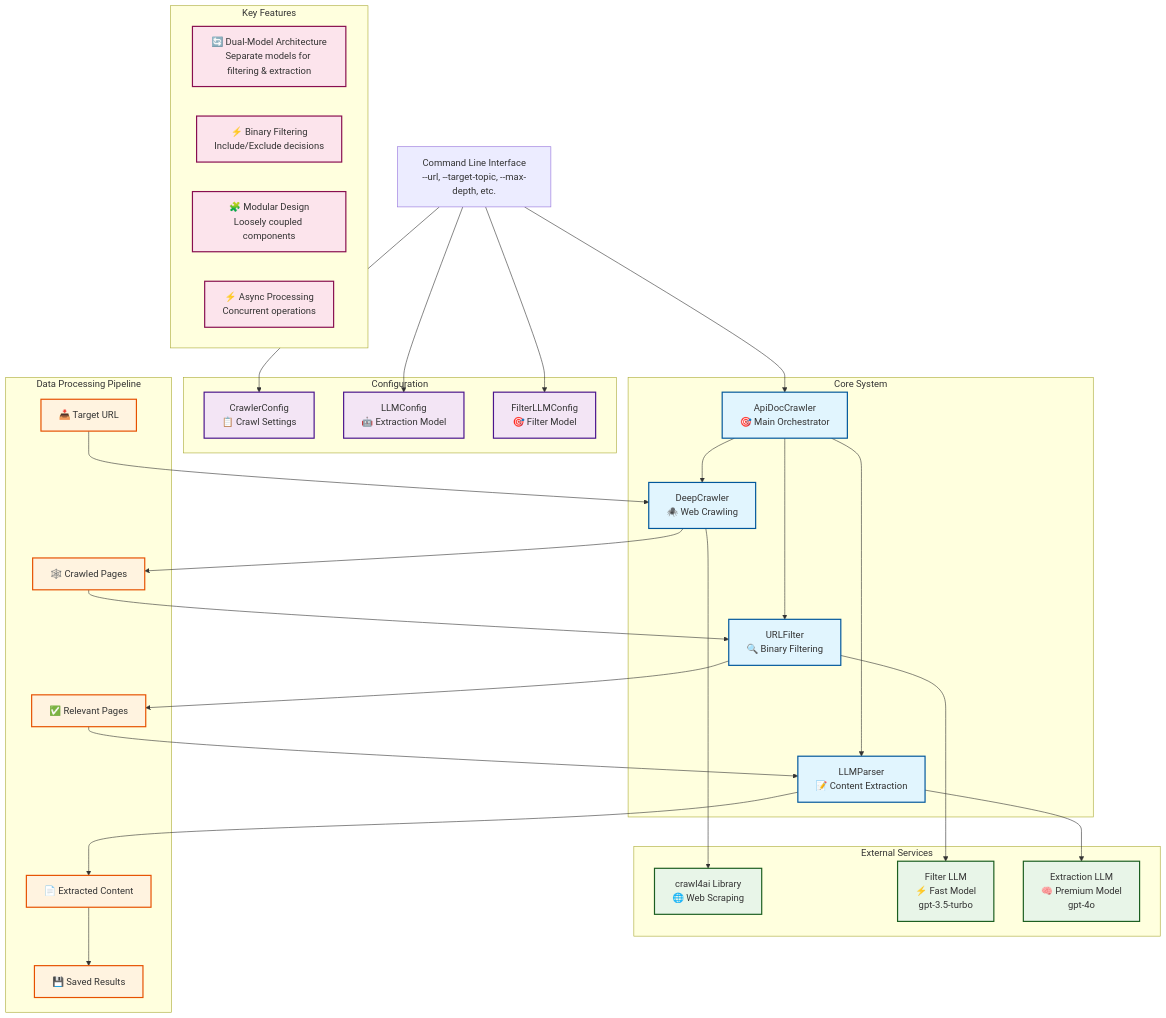
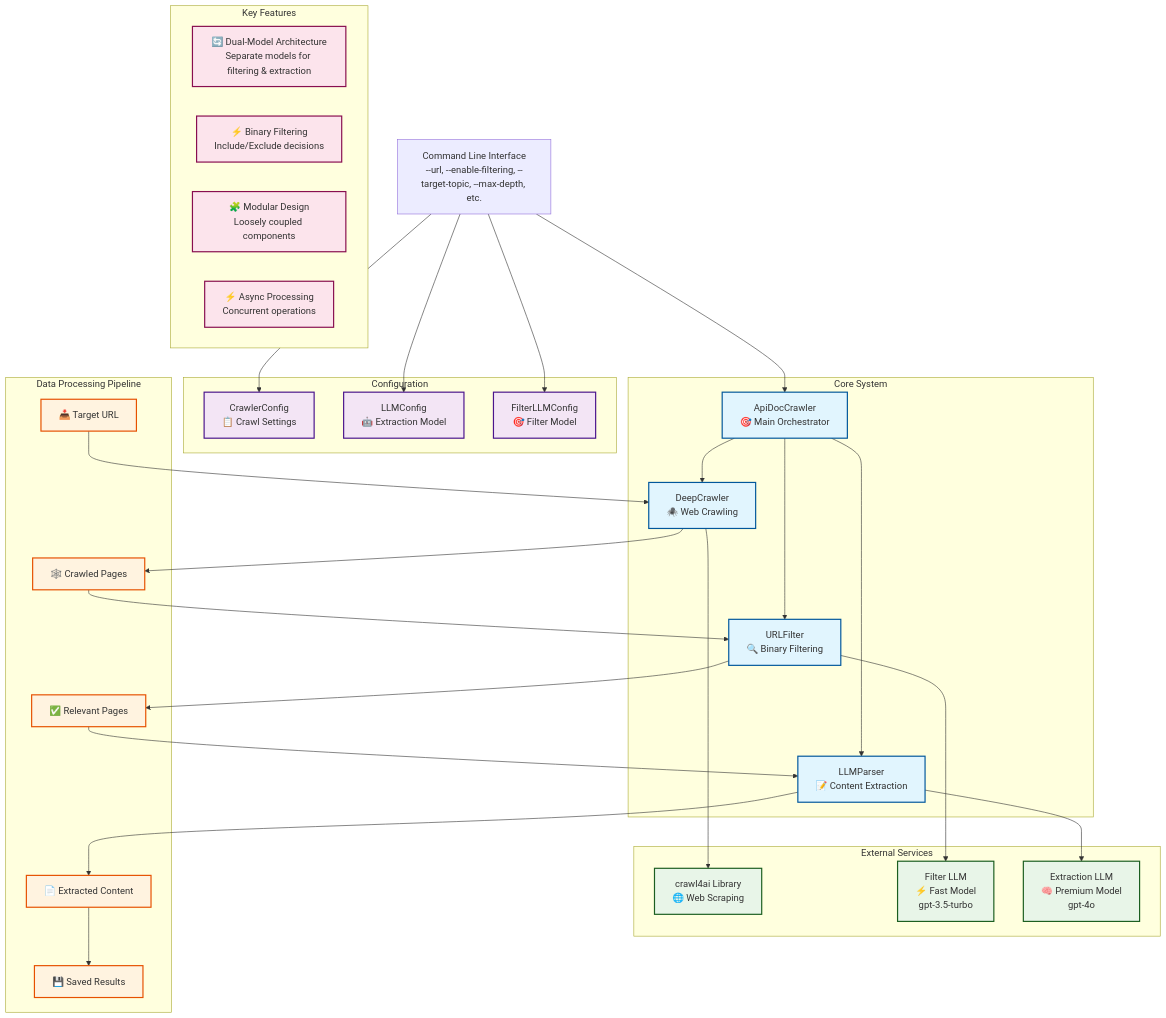
Before and after one commit to jvbyrnes/crawl-llm-extract: the diagram in diagrams/system-overview-2025-05-25.md, drawn with Mermaid. The commit also changed other lines of this file and 3 other files, not shown here.

Commit message:
updated architecture diagrams with new filtering logic

````diff
--- a/diagrams/system-overview-2025-05-25.md
+++ b/diagrams/system-overview-2025-05-25.md
@@ -6,79 +6,79 @@
 ```mermaid
 flowchart TD
     %% User Interface Layer
-    CLI[Command Line Interface<br/>--url, --target-topic, --max-depth, etc.]
+    CLI[Command Line Interface<br/>--url, --enable-filtering, --target-topic, --max-depth, etc.]
     
     %% Core System Components
     subgraph "Core System"
         ORCH[ApiDocCrawler<br/>🎯 Main Orchestrator]
         CRAWLER[DeepCrawler<br/>🕷️ Web Crawling]
         FILTER[URLFilter<br/>🔍 Binary Filtering]
         PARSER[LLMParser<br/>📝 Content Extraction]
     end
     
     %% Configuration Layer
     subgraph "Configuration"
         CC[CrawlerConfig<br/>📋 Crawl Settings]
         LC[LLMConfig<br/>🤖 Extraction Model]
         FC[FilterLLMConfig<br/>🎯 Filter Model]
     end
     
     %% External Dependencies
     subgraph "External Services"
         CRAWL4AI[crawl4ai Library<br/>🌐 Web Scraping]
         FILTER_LLM[Filter LLM<br/>⚡ Fast Model<br/>gpt-3.5-turbo]
         EXTRACT_LLM[Extraction LLM<br/>🧠 Premium Model<br/>gpt-4o]
     end
     
     %% Data Flow
     CLI --> CC
     CLI --> LC
     CLI --> FC
     CLI --> ORCH
     
     ORCH --> CRAWLER
     ORCH --> FILTER
     ORCH --> PARSER
     
     CRAWLER --> CRAWL4AI
     FILTER --> FILTER_LLM
     PARSER --> EXTRACT_LLM
     
     %% Process Flow
     subgraph "Data Processing Pipeline"
         INPUT[📥 Target URL]
         CRAWL_RESULTS[🕸️ Crawled Pages]
         FILTERED_RESULTS[✅ Relevant Pages]
         PARSED_CONTENT[📄 Extracted Content]
         OUTPUT[💾 Saved Results]
     end
     
     INPUT --> CRAWLER
     CRAWLER --> CRAWL_RESULTS
     CRAWL_RESULTS --> FILTER
     FILTER --> FILTERED_RESULTS
     FILTERED_RESULTS --> PARSER
     PARSER --> PARSED_CONTENT
     PARSED_CONTENT --> OUTPUT
     
     %% Key Features Callouts
     subgraph "Key Features"
         DUAL[🔄 Dual-Model Architecture<br/>Separate models for filtering & extraction]
         BINARY[⚡ Binary Filtering<br/>Include/Exclude decisions]
         MODULAR[🧩 Modular Design<br/>Loosely coupled components]
         ASYNC[⚡ Async Processing<br/>Concurrent operations]
     end
     
     %% Styling
     classDef coreComponent fill:#e1f5fe,stroke:#01579b,stroke-width:2px
     classDef config fill:#f3e5f5,stroke:#4a148c,stroke-width:2px
     classDef external fill:#e8f5e8,stroke:#1b5e20,stroke-width:2px
     classDef data fill:#fff3e0,stroke:#e65100,stroke-width:2px
     classDef feature fill:#fce4ec,stroke:#880e4f,stroke-width:2px
     
     class ORCH,CRAWLER,FILTER,PARSER coreComponent
     class CC,LC,FC config
     class CRAWL4AI,FILTER_LLM,EXTRACT_LLM external
     class INPUT,CRAWL_RESULTS,FILTERED_RESULTS,PARSED_CONTENT,OUTPUT data
     class DUAL,BINARY,MODULAR,ASYNC feature
 ```
````
